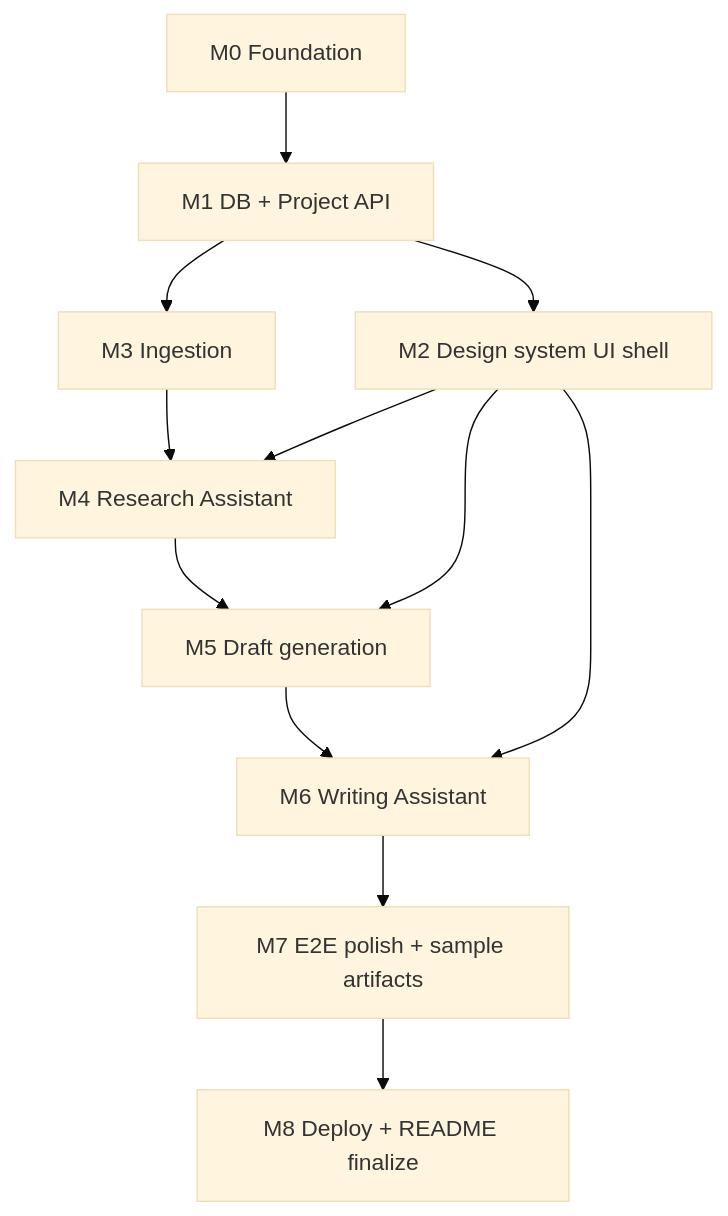
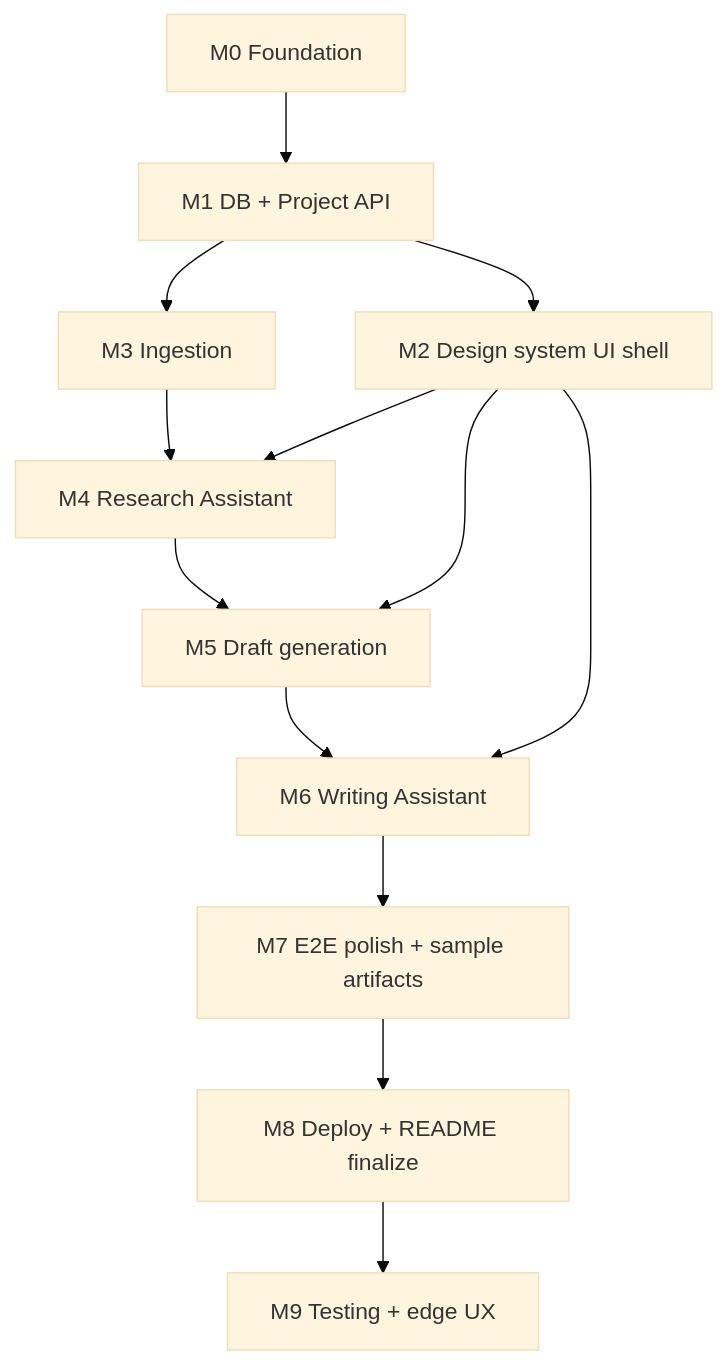
Before and after one commit to akshatnavlani/ThisWeekAI_Assignment: the diagram in docs/IMPLEMENTATION_PLAN.md, drawn with Mermaid (base theme). The commit also changed other lines of this file and 10 other files, not shown here.

````diff
--- a/docs/IMPLEMENTATION_PLAN.md
+++ b/docs/IMPLEMENTATION_PLAN.md
@@ -9,14 +9,15 @@
 ```mermaid
 flowchart TD
   M0[M0 Foundation] --> M1[M1 DB + Project API]
   M1 --> M2[M2 Design system UI shell]
   M1 --> M3[M3 Ingestion]
   M3 --> M4[M4 Research Assistant]
   M4 --> M5[M5 Draft generation]
   M5 --> M6[M6 Writing Assistant]
   M2 --> M4
   M2 --> M5
   M2 --> M6
   M6 --> M7[M7 E2E polish + sample artifacts]
   M7 --> M8[M8 Deploy + README finalize]
+  M8 --> M9[M9 Testing + edge UX]
 ```
````
